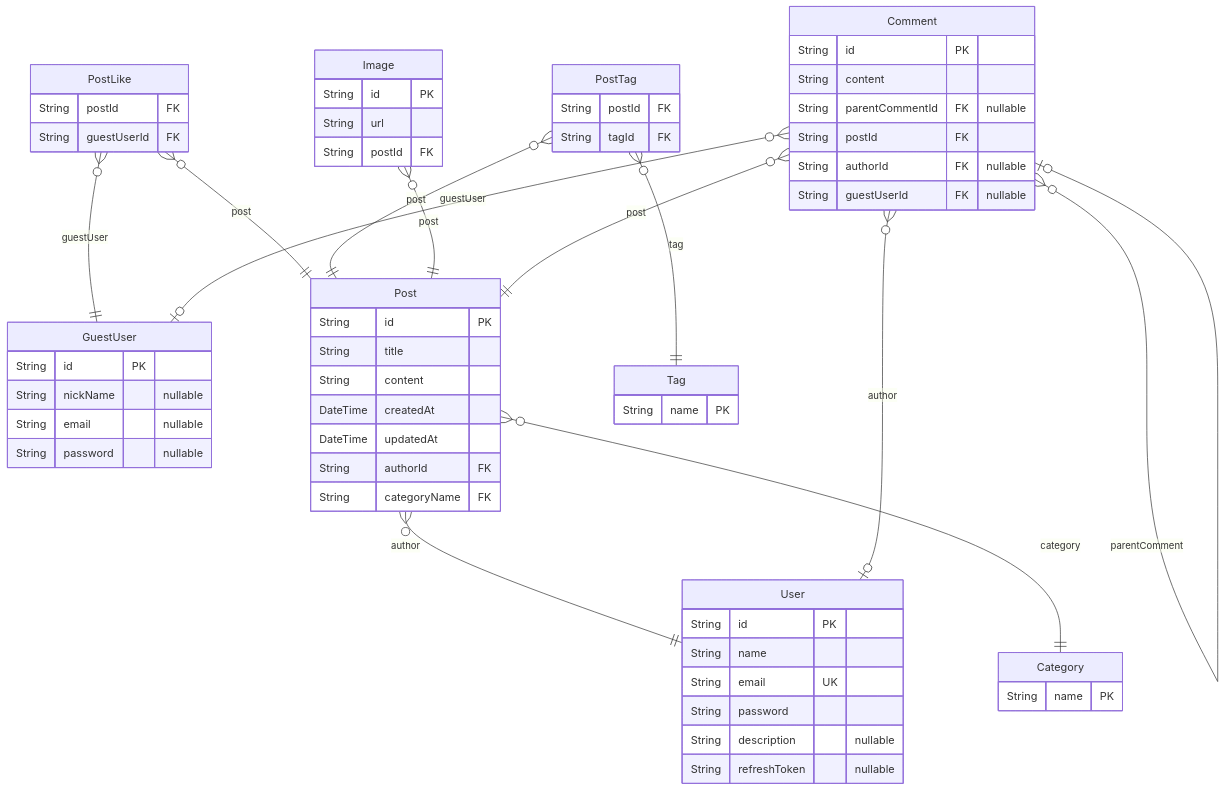
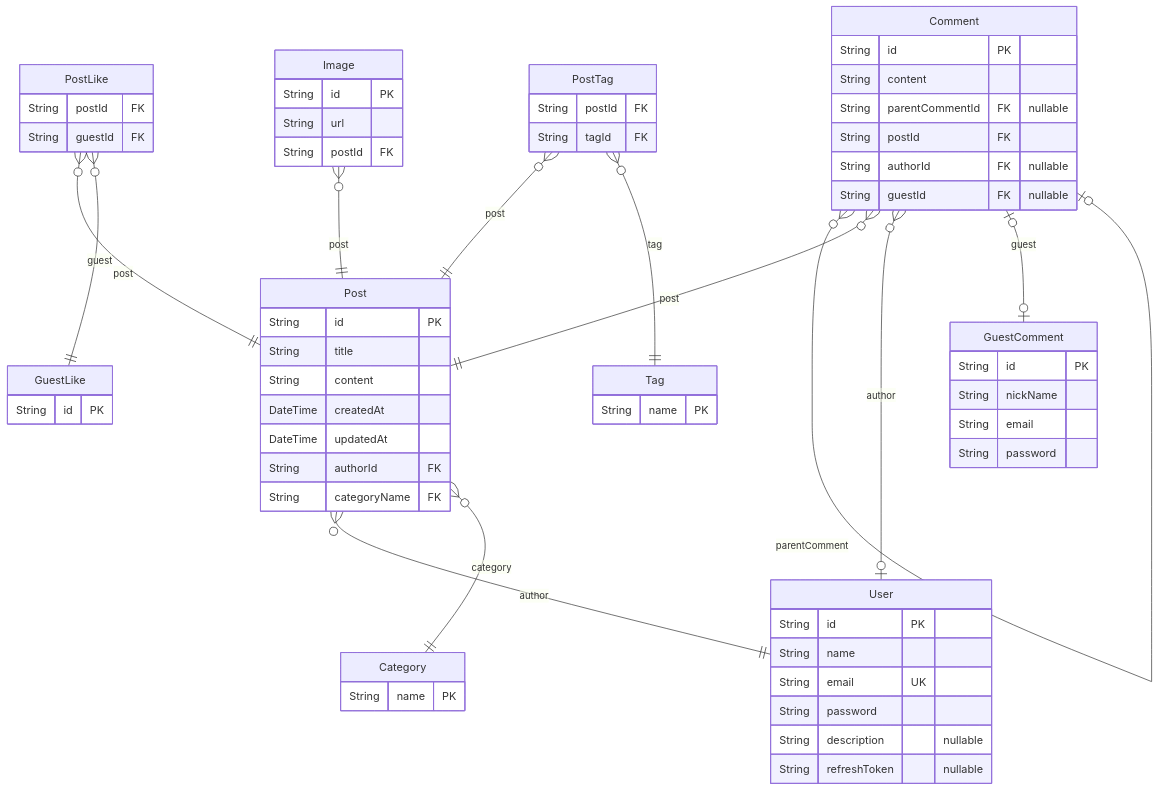
The diagram in prisma/ERD.md (JongDeug/blog-backend), drawn with Mermaid before and after one commit. The commit also changed other lines of this file and 12 other files, not shown here.

````diff
--- a/prisma/ERD.md
+++ b/prisma/ERD.md
@@ -7,64 +7,67 @@
 ```mermaid
 erDiagram
 "User" {
   String id PK
   String name
   String email UK
   String password
   String description "nullable"
   String refreshToken "nullable"
 }
-"GuestUser" {
+"GuestLike" {
   String id PK
-  String nickName "nullable"
-  String email "nullable"
-  String password "nullable"
+}
+"GuestComment" {
+  String id PK
+  String nickName
+  String email
+  String password
 }
 "PostLike" {
   String postId FK
-  String guestUserId FK
+  String guestId FK
 }
 "Post" {
   String id PK
   String title
   String content
   DateTime createdAt
   DateTime updatedAt
   String authorId FK
   String categoryName FK
 }
 "Tag" {
   String name PK
 }
 "PostTag" {
   String postId FK
   String tagId FK
 }
 "Image" {
   String id PK
   String url
   String postId FK
 }
 "Category" {
   String name PK
 }
 "Comment" {
   String id PK
   String content
   String parentCommentId FK "nullable"
   String postId FK
   String authorId FK "nullable"
-  String guestUserId FK "nullable"
+  String guestId FK "nullable"
 }
 "PostLike" }o--|| "Post" : post
-"PostLike" }o--|| "GuestUser" : guestUser
+"PostLike" }o--|| "GuestLike" : guest
 "Post" }o--|| "User" : author
 "Post" }o--|| "Category" : category
 "PostTag" }o--|| "Post" : post
 "PostTag" }o--|| "Tag" : tag
 "Image" }o--|| "Post" : post
 "Comment" }o--o| "Comment" : parentComment
 "Comment" }o--|| "Post" : post
 "Comment" }o--o| "User" : author
-"Comment" }o--o| "GuestUser" : guestUser
+"Comment" |o--o| "GuestComment" : guest
 ```
````
